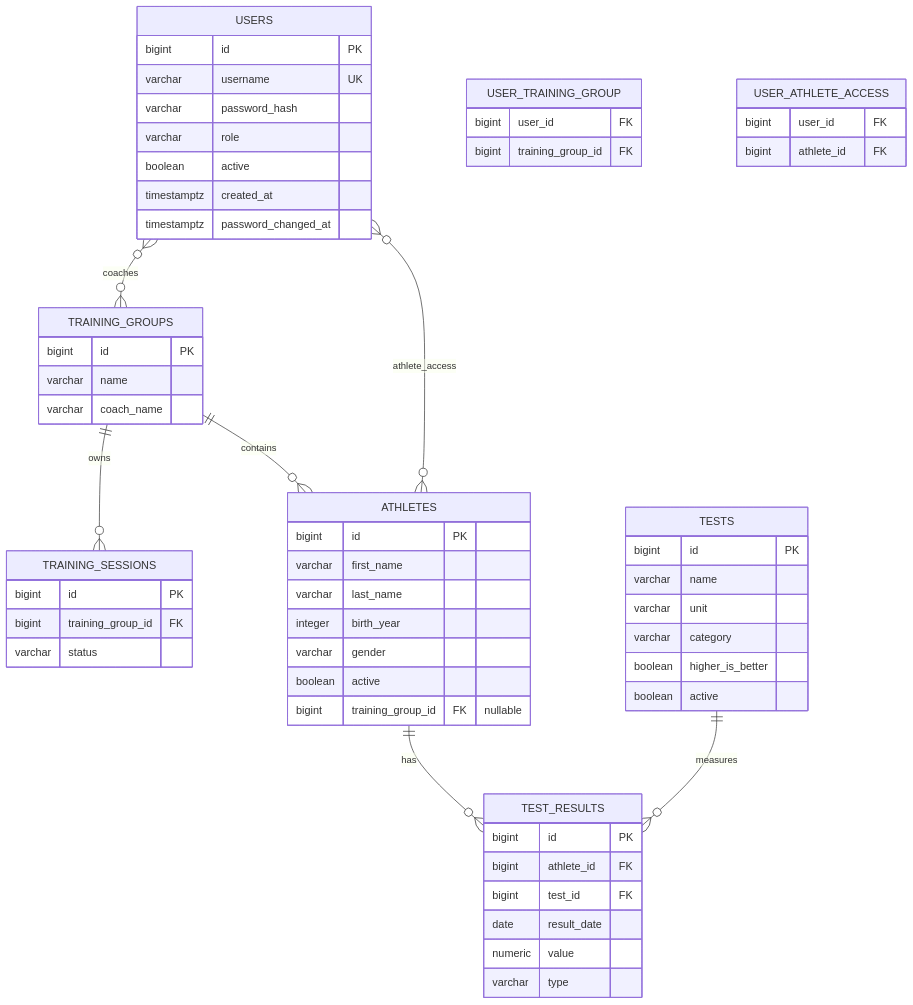
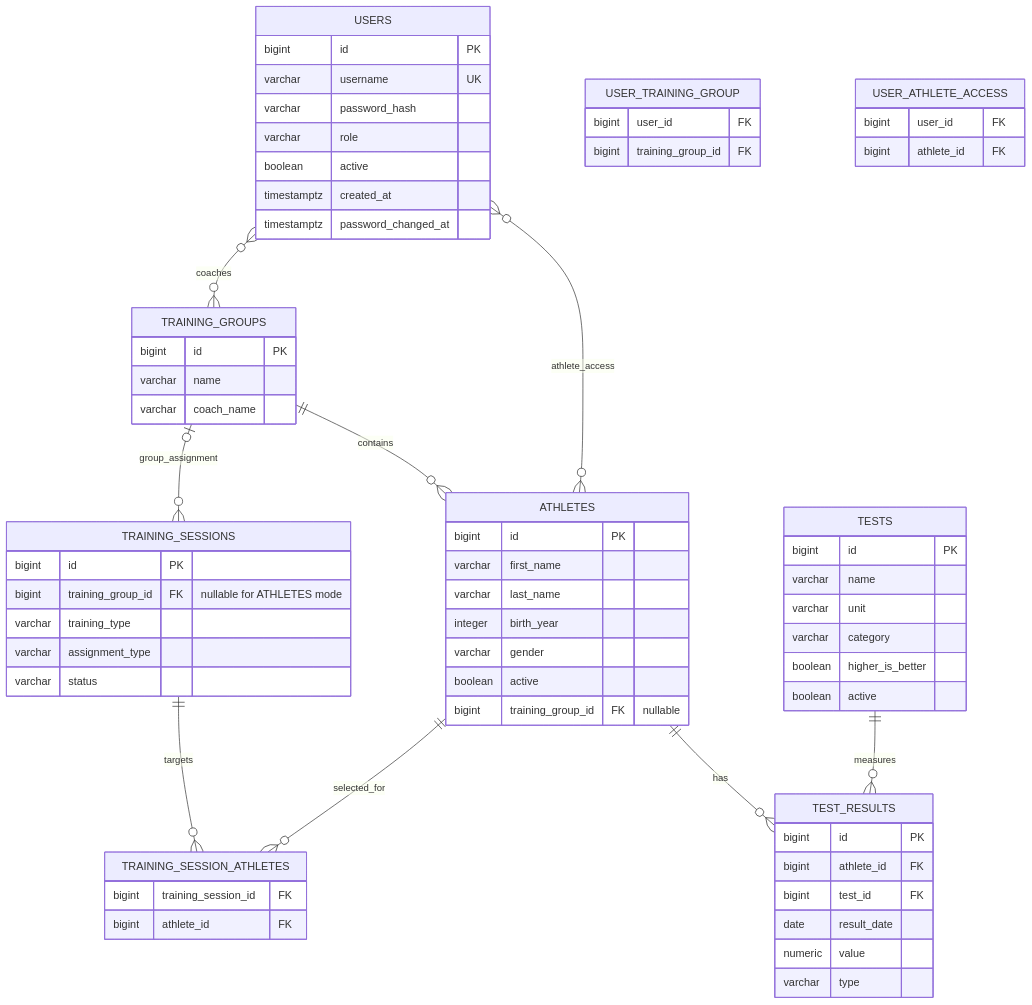
One commit to maskrz/tfhub changed the diagram in docs/backend/data-model.md. Above: the diagram before and after it, drawn with Mermaid. The commit also changed other lines of this file and 69 other files, not shown here.

Commit message:
training assigned to athletes

````diff
--- a/docs/backend/data-model.md
+++ b/docs/backend/data-model.md
@@ -24,69 +24,78 @@
 ```mermaid
 erDiagram
     USERS {
         bigint id PK
         varchar username UK
         varchar password_hash
         varchar role
         boolean active
         timestamptz created_at
         timestamptz password_changed_at
     }
 
     TRAINING_GROUPS {
         bigint id PK
         varchar name
         varchar coach_name
     }
 
     TRAINING_SESSIONS {
         bigint id PK
-        bigint training_group_id FK
+        bigint training_group_id FK "nullable for ATHLETES mode"
+        varchar training_type
+        varchar assignment_type
         varchar status
+    }
+
+    TRAINING_SESSION_ATHLETES {
+        bigint training_session_id FK
+        bigint athlete_id FK
     }
 
     USER_TRAINING_GROUP {
         bigint user_id FK
         bigint training_group_id FK
     }
 
     USER_ATHLETE_ACCESS {
         bigint user_id FK
         bigint athlete_id FK
     }
 
     TRAINING_GROUPS ||--o{ ATHLETES : contains
-    TRAINING_GROUPS ||--o{ TRAINING_SESSIONS : owns
+    TRAINING_GROUPS o|--o{ TRAINING_SESSIONS : group_assignment
+    TRAINING_SESSIONS ||--o{ TRAINING_SESSION_ATHLETES : targets
+    ATHLETES ||--o{ TRAINING_SESSION_ATHLETES : selected_for
     USERS }o--o{ TRAINING_GROUPS : coaches
     USERS }o--o{ ATHLETES : athlete_access
     ATHLETES ||--o{ TEST_RESULTS : has
     TESTS ||--o{ TEST_RESULTS : measures
 
     ATHLETES {
         bigint id PK
         varchar first_name
         varchar last_name
         integer birth_year
         varchar gender
         boolean active
         bigint training_group_id FK "nullable"
     }
 
     TESTS {
         bigint id PK
         varchar name
         varchar unit
         varchar category
         boolean higher_is_better
         boolean active
     }
 
     TEST_RESULTS {
         bigint id PK
         bigint athlete_id FK
         bigint test_id FK
         date result_date
         numeric value
         varchar type
     }
 ```
````
